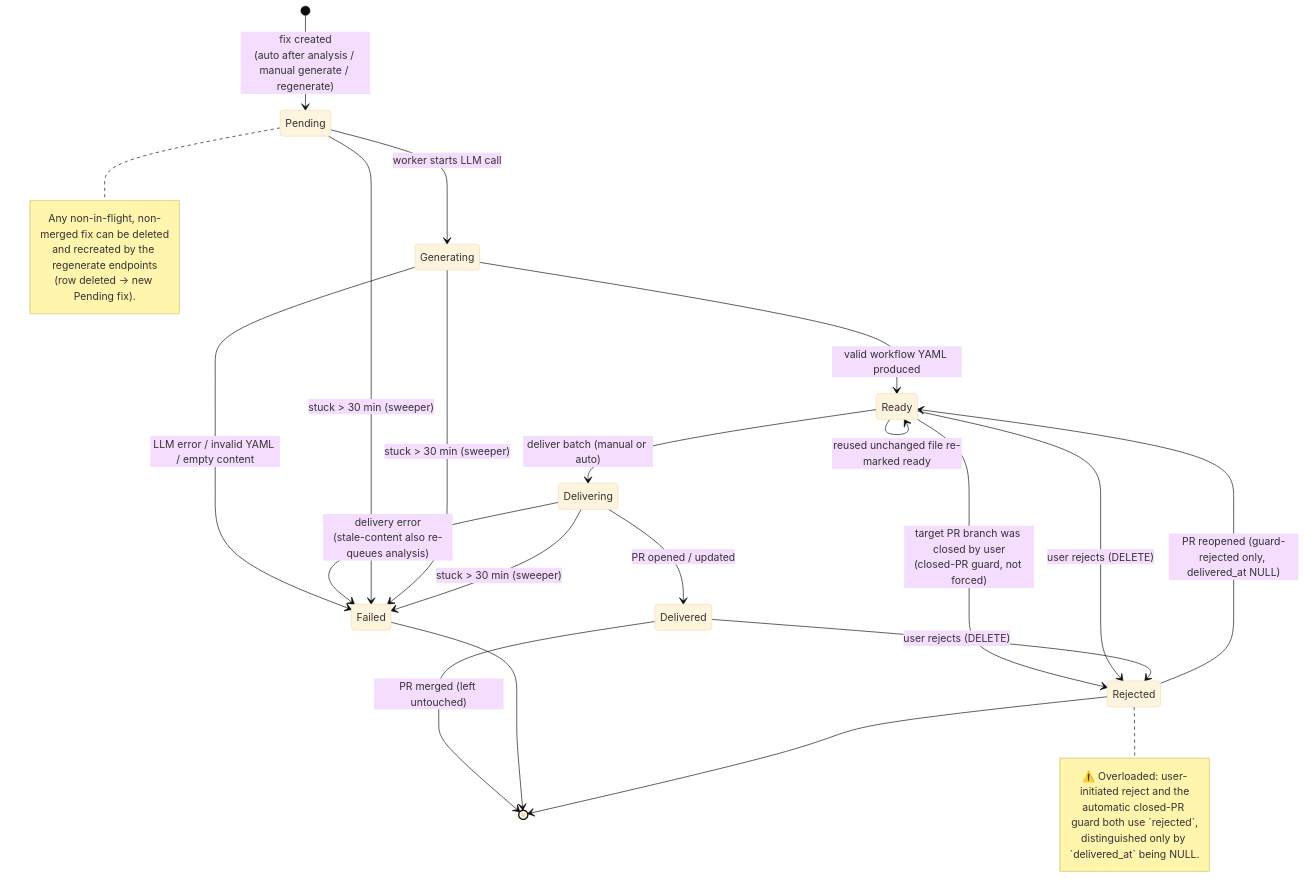
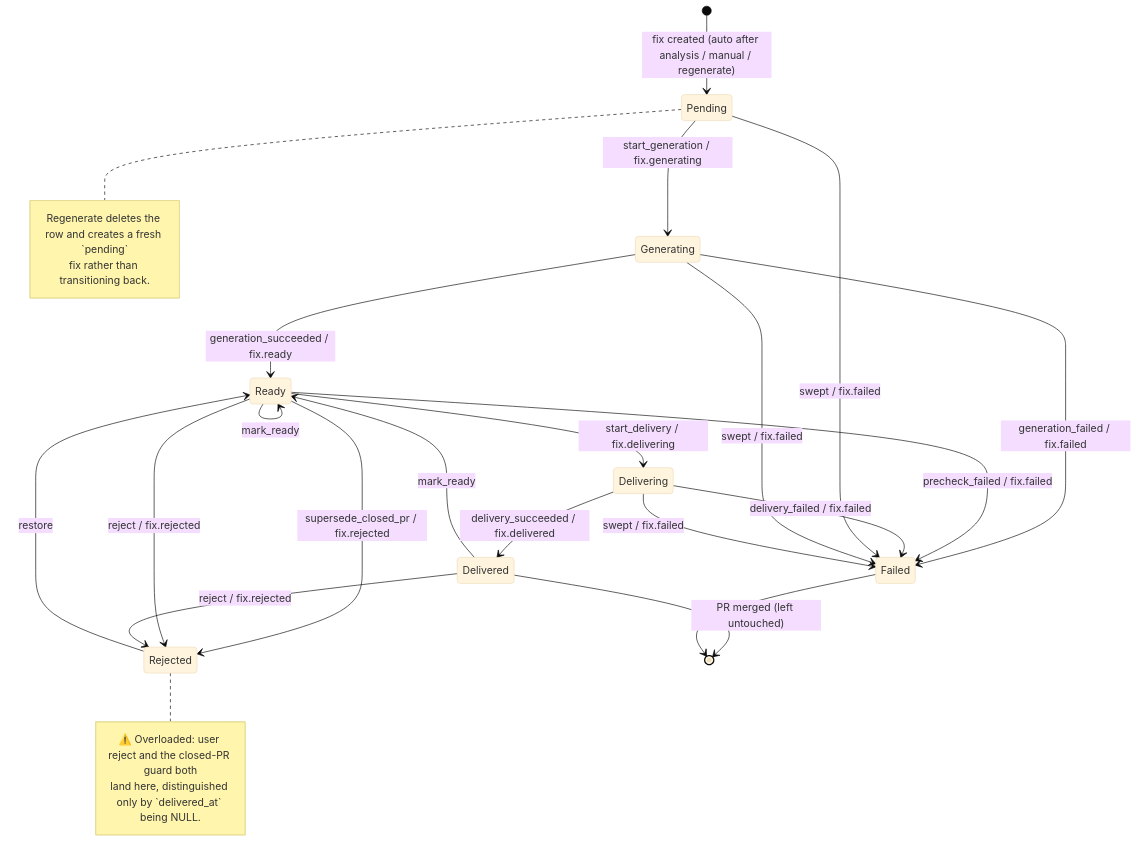
The fourth of 5 diagrams in docs/state-machines.md (TheoGoudout/greensecops), drawn with Mermaid (base theme) before and after one commit. The commit also changed other lines of this file and 19 other files, not shown here.

````diff
--- a/docs/state-machines.md
+++ b/docs/state-machines.md
@@ -207,40 +246,38 @@
 ```mermaid
 stateDiagram-v2
-    [*] --> Pending: fix created<br/>(auto after analysis / manual generate / regenerate)
+    [*] --> Pending: fix created (auto after analysis / manual / regenerate)
 
-    Pending --> Generating: worker starts LLM call
-    Generating --> Ready: valid workflow YAML produced
-    Generating --> Failed: LLM error / invalid YAML / empty content
+    Pending --> Generating: start_generation / fix.generating
+    Generating --> Ready: generation_succeeded / fix.ready
+    Generating --> Failed: generation_failed / fix.failed
 
-    Ready --> Delivering: deliver batch (manual or auto)
-    Ready --> Rejected: target PR branch was closed by user<br/>(closed-PR guard, not forced)
-    Ready --> Rejected: user rejects (DELETE)
-    Ready --> Ready: reused unchanged file re-marked ready
+    Ready --> Delivering: start_delivery / fix.delivering
+    Ready --> Failed: precheck_failed / fix.failed
+    Ready --> Rejected: supersede_closed_pr / fix.rejected
+    Ready --> Rejected: reject / fix.rejected
+    Ready --> Ready: mark_ready
 
-    Delivering --> Delivered: PR opened / updated
-    Delivering --> Failed: delivery error<br/>(stale-content also re-queues analysis)
+    Delivering --> Delivered: delivery_succeeded / fix.delivered
+    Delivering --> Failed: delivery_failed / fix.failed
 
-    Delivered --> Rejected: user rejects (DELETE)
+    Delivered --> Ready: mark_ready
+    Delivered --> Rejected: reject / fix.rejected
     Delivered --> [*]: PR merged (left untouched)
 
-    Rejected --> Ready: PR reopened (guard-rejected only, delivered_at NULL)
+    Rejected --> Ready: restore
 
-    Pending --> Failed: stuck > 30 min (sweeper)
-    Generating --> Failed: stuck > 30 min (sweeper)
-    Delivering --> Failed: stuck > 30 min (sweeper)
+    Pending --> Failed: swept / fix.failed
+    Generating --> Failed: swept / fix.failed
+    Delivering --> Failed: swept / fix.failed
 
     Failed --> [*]
-    Rejected --> [*]
 
     note right of Rejected
-      ⚠️ Overloaded: user-initiated reject and the
-      automatic closed-PR guard both use `rejected`,
-      distinguished only by `delivered_at` being NULL.
+      ⚠️ Overloaded: user reject and the closed-PR guard both
+      land here, distinguished only by `delivered_at` being NULL.
     end note
-
     note right of Pending
-      Any non-in-flight, non-merged fix can be deleted
-      and recreated by the regenerate endpoints
-      (row deleted → new Pending fix).
+      Regenerate deletes the row and creates a fresh `pending`
+      fix rather than transitioning back.
     end note
 ```
````
